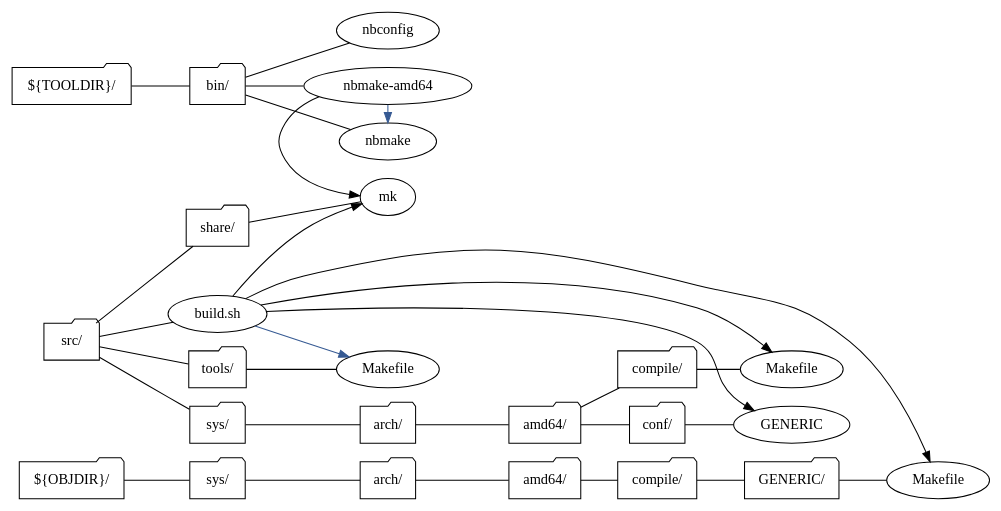
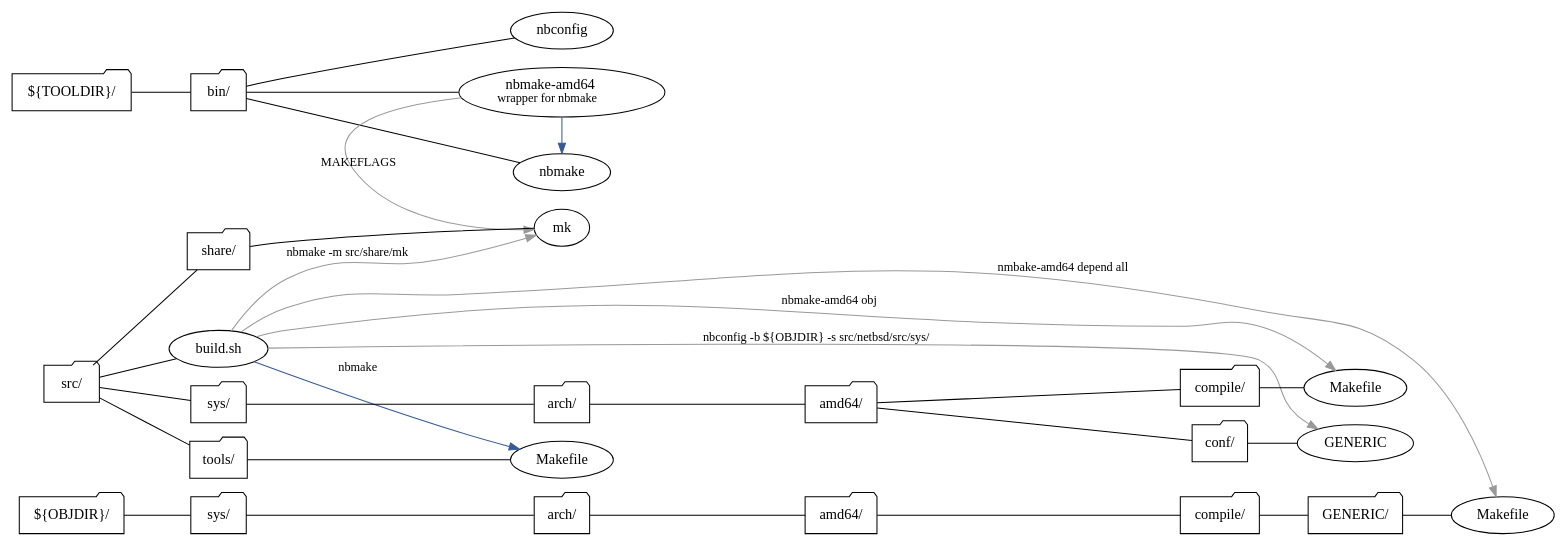
The diagram in README.md (wataash/DepTree), drawn with Graphviz before and after one commit. The commit also changed other lines of this file and 12 other files, not shown here.

````diff
--- a/README.md
+++ b/README.md
@@ -26,62 +26,62 @@
 ```dot
 digraph {
 rankdir=LR;
 
 "${TOOLDIR}/" [label="${TOOLDIR}/", shape=folder]
 "${TOOLDIR}/bin/" [label="bin/", shape=folder]
 "${TOOLDIR}/bin/nbconfig" [label="nbconfig"]
-"${TOOLDIR}/bin/nbmake-amd64" [label="nbmake-amd64"]
+"${TOOLDIR}/bin/nbmake-amd64" [label=<nbmake-amd64<BR/><FONT POINT-SIZE="12">wrapper for nbmake</FONT>>]
 "${TOOLDIR}/bin/nbmake" [label="nbmake"]
 "src/" [label="src/", shape=folder]
 "src/share/" [label="share/", shape=folder]
 "src/share/mk" [label="mk"]
 "src/build.sh" [label="build.sh"]
 "${OBJDIR}/" [label="${OBJDIR}/", shape=folder]
 "${OBJDIR}/sys/" [label="sys/", shape=folder]
 "${OBJDIR}/sys/arch/" [label="arch/", shape=folder]
 "${OBJDIR}/sys/arch/amd64/" [label="amd64/", shape=folder]
 "${OBJDIR}/sys/arch/amd64/compile/" [label="compile/", shape=folder]
 "${OBJDIR}/sys/arch/amd64/compile/GENERIC/" [label="GENERIC/", shape=folder]
 "${OBJDIR}/sys/arch/amd64/compile/GENERIC/Makefile" [label="Makefile"]
 "src/sys/" [label="sys/", shape=folder]
 "src/sys/arch/" [label="arch/", shape=folder]
 "src/sys/arch/amd64/" [label="amd64/", shape=folder]
 "src/sys/arch/amd64/compile/" [label="compile/", shape=folder]
 "src/sys/arch/amd64/compile/Makefile" [label="Makefile"]
 "src/sys/arch/amd64/conf/" [label="conf/", shape=folder]
 "src/sys/arch/amd64/conf/GENERIC" [label="GENERIC"]
 "src/tools/" [label="tools/", shape=folder]
 "src/tools/Makefile" [label="Makefile"]
 
 "${TOOLDIR}/" -> "${TOOLDIR}/bin/" [arrowhead=none];
 "${TOOLDIR}/bin/" -> "${TOOLDIR}/bin/nbconfig" [arrowhead=none];
 "${TOOLDIR}/bin/" -> "${TOOLDIR}/bin/nbmake-amd64" [arrowhead=none];
 "${TOOLDIR}/bin/" -> "${TOOLDIR}/bin/nbmake" [arrowhead=none];
 "src/" -> "src/share/" [arrowhead=none];
 "src/share/" -> "src/share/mk" [arrowhead=none];
 "src/" -> "src/build.sh" [arrowhead=none];
 "${OBJDIR}/" -> "${OBJDIR}/sys/" [arrowhead=none];
 "${OBJDIR}/sys/" -> "${OBJDIR}/sys/arch/" [arrowhead=none];
 "${OBJDIR}/sys/arch/" -> "${OBJDIR}/sys/arch/amd64/" [arrowhead=none];
 "${OBJDIR}/sys/arch/amd64/" -> "${OBJDIR}/sys/arch/amd64/compile/" [arrowhead=none];
 "${OBJDIR}/sys/arch/amd64/compile/" -> "${OBJDIR}/sys/arch/amd64/compile/GENERIC/" [arrowhead=none];
 "${OBJDIR}/sys/arch/amd64/compile/GENERIC/" -> "${OBJDIR}/sys/arch/amd64/compile/GENERIC/Makefile" [arrowhead=none];
 "src/" -> "src/sys/" [arrowhead=none];
 "src/sys/" -> "src/sys/arch/" [arrowhead=none];
 "src/sys/arch/" -> "src/sys/arch/amd64/" [arrowhead=none];
 "src/sys/arch/amd64/" -> "src/sys/arch/amd64/compile/" [arrowhead=none];
 "src/sys/arch/amd64/compile/" -> "src/sys/arch/amd64/compile/Makefile" [arrowhead=none];
 "src/sys/arch/amd64/" -> "src/sys/arch/amd64/conf/" [arrowhead=none];
 "src/sys/arch/amd64/conf/" -> "src/sys/arch/amd64/conf/GENERIC" [arrowhead=none];
 "src/" -> "src/tools/" [arrowhead=none];
 "src/tools/" -> "src/tools/Makefile" [arrowhead=none];
 
-"${TOOLDIR}/bin/nbmake-amd64" -> "${TOOLDIR}/bin/nbmake" [constraint=false, color="#365a93"];
-"${TOOLDIR}/bin/nbmake-amd64" -> "src/share/mk" [constraint=false, color=""];
-"src/build.sh" -> "${OBJDIR}/sys/arch/amd64/compile/GENERIC/Makefile" [constraint=false, color=""];
-"src/build.sh" -> "src/share/mk" [constraint=false, color=""];
-"src/build.sh" -> "src/sys/arch/amd64/compile/Makefile" [constraint=false, color=""];
-"src/build.sh" -> "src/sys/arch/amd64/conf/GENERIC" [constraint=false, color=""];
-"src/build.sh" -> "src/tools/Makefile" [constraint=false, color="#365a93"];
+"${TOOLDIR}/bin/nbmake-amd64" -> "${TOOLDIR}/bin/nbmake" [constraint=false, color="#365a93", label=""];
+"${TOOLDIR}/bin/nbmake-amd64" -> "src/share/mk" [constraint=false, color="#999999", label=<<FONT POINT-SIZE="12">MAKEFLAGS</FONT>>];
+"src/build.sh" -> "${OBJDIR}/sys/arch/amd64/compile/GENERIC/Makefile" [constraint=false, color="#999999", label=<<FONT POINT-SIZE="12">nmbake-amd64 depend all</FONT>>];
+"src/build.sh" -> "src/share/mk" [constraint=false, color="#999999", label=<<FONT POINT-SIZE="12">nbmake -m src/share/mk</FONT>>];
+"src/build.sh" -> "src/sys/arch/amd64/compile/Makefile" [constraint=false, color="#999999", label=<<FONT POINT-SIZE="12">nbmake-amd64 obj</FONT>>];
+"src/build.sh" -> "src/sys/arch/amd64/conf/GENERIC" [constraint=false, color="#999999", label=<<FONT POINT-SIZE="12">nbconfig -b ${OBJDIR} -s src/netbsd/src/sys/</FONT>>];
+"src/build.sh" -> "src/tools/Makefile" [constraint=false, color="#365a93", label=<<FONT POINT-SIZE="12">nbmake</FONT>>];
 }
 ```
````
